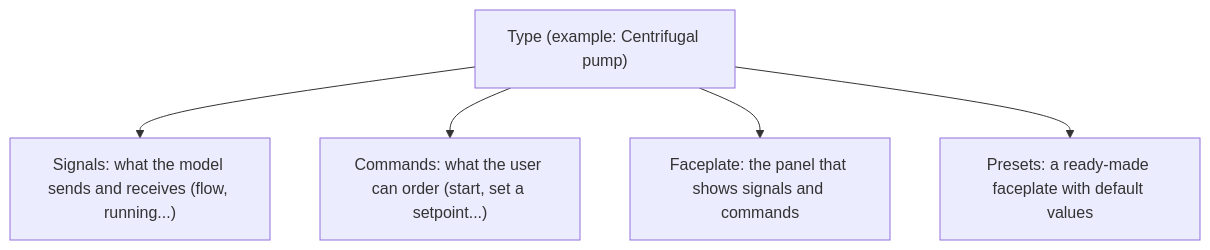
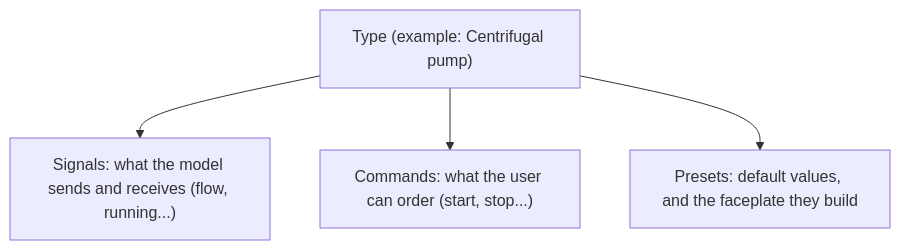
Before and after one commit to AlexandreGallais/synoptic-studio-spec: the first of 3 diagrams in metadata/README.md, drawn with Mermaid. The commit also changed other lines of this file and 15 other files, not shown here.

First line of the commit message:
docs(spec): merge faceplate into presets and add signal display name

````diff
--- a/metadata/README.md
+++ b/metadata/README.md
@@ -17,8 +17,7 @@
 ```mermaid
 flowchart TD
     T["Type (example: Centrifugal pump)"]
     T --> P["Signals: what the model sends and receives (flow, running...)"]
-    T --> C["Commands: what the user can order (start, set a setpoint...)"]
-    T --> U["Faceplate: the panel that shows signals and commands"]
-    T --> R["Presets: a ready-made faceplate with default values"]
+    T --> C["Commands: what the user can order (start, stop...)"]
+    T --> R["Presets: default values, and the faceplate they build"]
 ```
````
